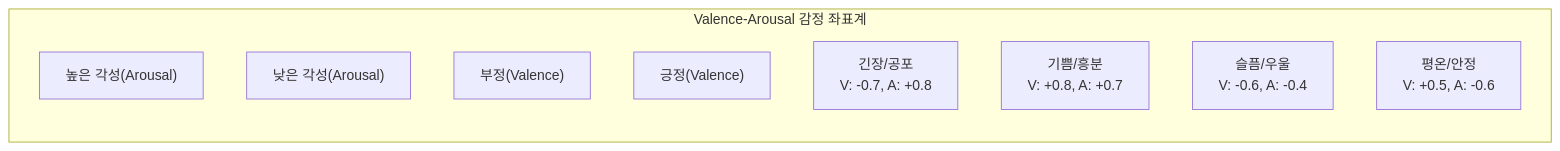
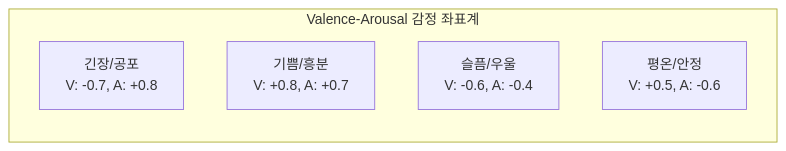
Before and after one commit to jsonpassion/forge-tutorial-promptcanvas: the second of 3 diagrams in 11-ch11-시각적-스토리텔링과-감정-전달/05-05-감정-전달-실전-동일-장면-다른-감정.md, drawn with Mermaid. The commit also changed other lines of this file and 63 other files, not shown here.

````diff
--- a/11-ch11-시각적-스토리텔링과-감정-전달/05-05-감정-전달-실전-동일-장면-다른-감정.md
+++ b/11-ch11-시각적-스토리텔링과-감정-전달/05-05-감정-전달-실전-동일-장면-다른-감정.md
@@ -97,15 +101,10 @@
 ```mermaid
 graph TD
     subgraph VA["Valence-Arousal 감정 좌표계"]
         direction TB
-        HIGH_A["높은 각성(Arousal)"]
-        LOW_A["낮은 각성(Arousal)"]
-        NEG_V["부정(Valence)"]
-        POS_V["긍정(Valence)"]
-        
         TENSION["긴장/공포<br/>V: -0.7, A: +0.8"]
         JOY["기쁨/흥분<br/>V: +0.8, A: +0.7"]
         SADNESS["슬픔/우울<br/>V: -0.6, A: -0.4"]
         CALM["평온/안정<br/>V: +0.5, A: -0.6"]
     end
 ```
````
